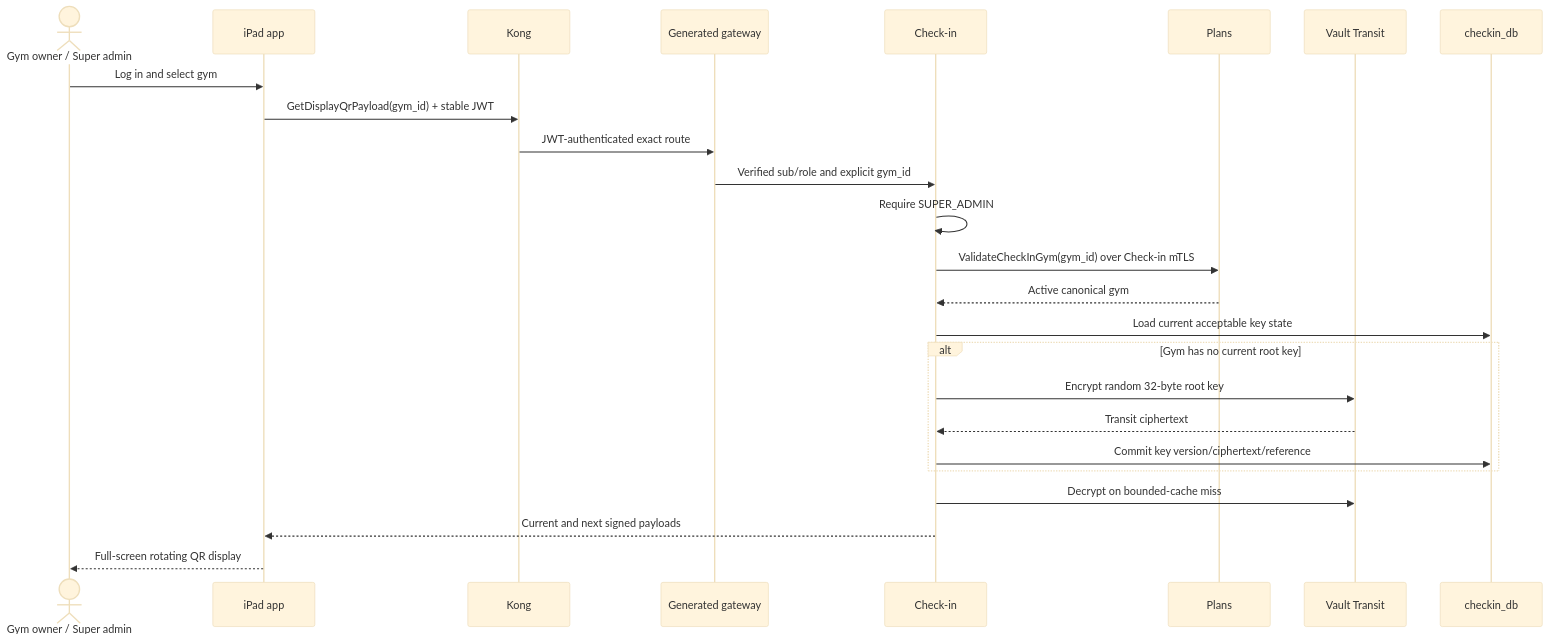
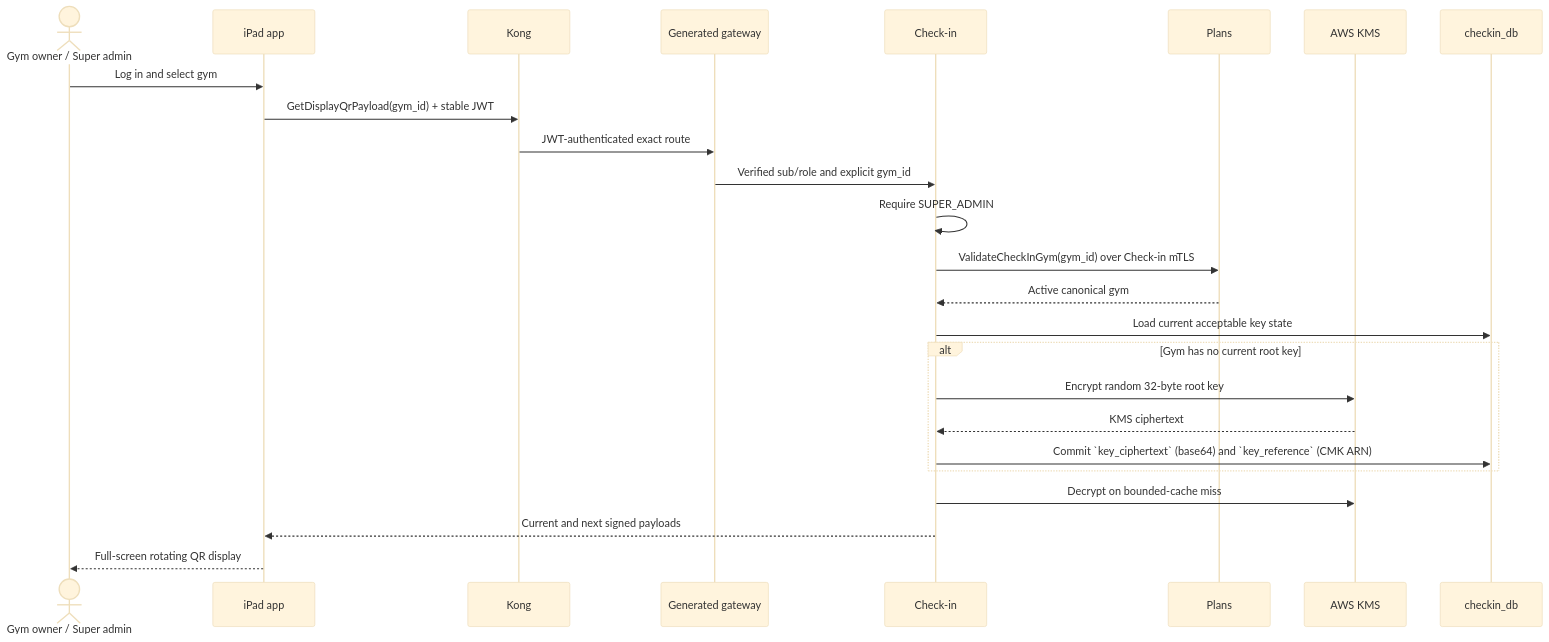
One commit to pploc/gym-architect changed the first of 2 diagrams in services/06-ms-gym-checkin.md. Above: the diagram before and after it, drawn with Mermaid (base theme). The commit also changed other lines of this file and 10 other files, not shown here.

````diff
--- a/services/06-ms-gym-checkin.md
+++ b/services/06-ms-gym-checkin.md
@@ -131,28 +133,28 @@
 ```mermaid
 sequenceDiagram
     actor O as Gym owner / Super admin
     participant IP as iPad app
     participant K as Kong
     participant GW as Generated gateway
     participant CS as Check-in
     participant PL as Plans
-    participant V as Vault Transit
+    participant KMS as AWS KMS
     participant DB as checkin_db
 
     O->>IP: Log in and select gym
     IP->>K: GetDisplayQrPayload(gym_id) + stable JWT
     K->>GW: JWT-authenticated exact route
     GW->>CS: Verified sub/role and explicit gym_id
     CS->>CS: Require SUPER_ADMIN
     CS->>PL: ValidateCheckInGym(gym_id) over Check-in mTLS
     PL-->>CS: Active canonical gym
     CS->>DB: Load current acceptable key state
     alt Gym has no current root key
-        CS->>V: Encrypt random 32-byte root key
-        V-->>CS: Transit ciphertext
-        CS->>DB: Commit key version/ciphertext/reference
+        CS->>KMS: Encrypt random 32-byte root key
+        KMS-->>CS: KMS ciphertext
+        CS->>DB: Commit `key_ciphertext` (base64) and `key_reference` (CMK ARN)
     end
-    CS->>V: Decrypt on bounded-cache miss
+    CS->>KMS: Decrypt on bounded-cache miss
     CS-->>IP: Current and next signed payloads
     IP-->>O: Full-screen rotating QR display
 ```
````
